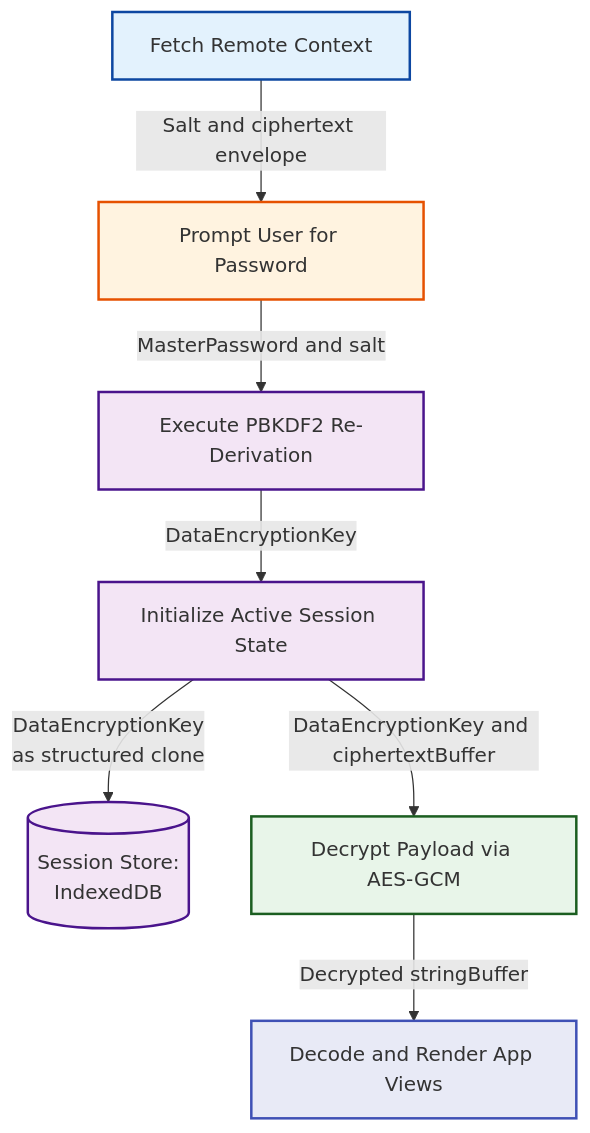
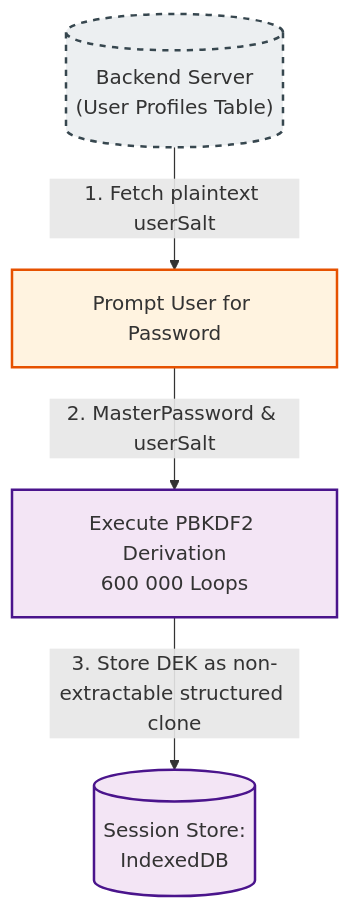
Before and after one commit to jellebaele/etiennelabs: the fifth of 6 diagrams in content/articles/end-to-end-encryption/pt1-secure-single-user-storage.md, drawn with Mermaid. The commit also changed other lines of this file, not shown here.

````diff
--- a/content/articles/end-to-end-encryption/pt1-secure-single-user-storage.md
+++ b/content/articles/end-to-end-encryption/pt1-secure-single-user-storage.md
@@ -443,32 +467,16 @@
 ```mermaid
 flowchart TD
-    %% Steps (Processes/Actions inside blocks)
-    Fetch[Fetch Remote Context]
-    Prompt[Prompt User for Password]
-    KDF[Execute PBKDF2 Re-Derivation]
-    Hydrate[Initialize Active Session State]
-    IDB[("Session Store:<br>IndexedDB")]
-    Decrypt[Decrypt Payload via AES-GCM]
-    Render[Decode and Render App Views]
+    %% Top Row - The Metadata Source
+    Server[("Backend Server<br>(User Profiles Table)")]
 
-    %% Flow (Outputs/Data inside arrow labels)
-    Fetch -->|Salt and ciphertext envelope| Prompt
-    Prompt -->|MasterPassword and salt| KDF
-    KDF -->|DataEncryptionKey| Hydrate
+    %% Execution Waterfall
+    Server -->|1. Fetch plaintext userSalt| Prompt[Prompt User for Password]
+    Prompt -->|2. MasterPassword & userSalt| KDF[Execute PBKDF2 Derivation<br>600 000 Loops]
+    KDF -->|3. Store DEK as non-extractable structured clone| IDB[("Session Store:<br>IndexedDB")]
 
-    %% Parallel Storage Track
-    Hydrate -->|DataEncryptionKey<br>as structured clone| IDB
-
-    %% Main Vertical Flow Continues
-    Hydrate -->|DataEncryptionKey and ciphertextBuffer| Decrypt
-    Decrypt -->|Decrypted stringBuffer| Render
-
-    %% Consistent Color Profiles matching your design
-    style Fetch fill:#e3f2fd,stroke:#0d47a1,stroke-width:2px
+    %% Consistent Color Profiles matching your design theme
+    style Server fill:#eceff1,stroke:#37474f,stroke-width:2px,stroke-dasharray: 5 5
     style Prompt fill:#fff3e0,stroke:#e65100,stroke-width:2px
     style KDF fill:#f3e5f5,stroke:#4a148c,stroke-width:2px
-    style Hydrate fill:#f3e5f5,stroke:#4a148c,stroke-width:2px
     style IDB fill:#f3e5f5,stroke:#4a148c,stroke-width:2px
-    style Decrypt fill:#e8f5e9,stroke:#1b5e20,stroke-width:2px
-    style Render fill:#e8eaf6,stroke:#3f51b5,stroke-width:2px
 ```
````
